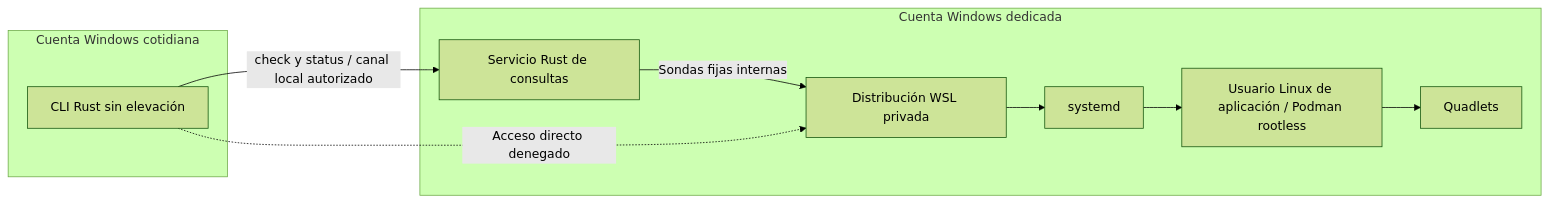
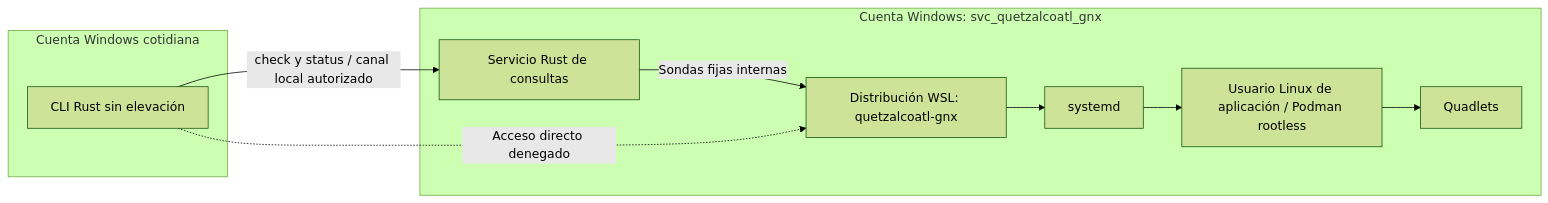
The first of 3 diagrams in docs/arquitectura-wsl.md (mayas-alas/quetzalcoatl), drawn with Mermaid (forest theme) before and after one commit. The commit also changed other lines of this file and 3 other files, not shown here.

````diff
--- a/docs/arquitectura-wsl.md
+++ b/docs/arquitectura-wsl.md
@@ -15,17 +15,17 @@
 ```mermaid
 flowchart LR
     subgraph usuario[Cuenta Windows cotidiana]
         CLI[CLI Rust sin elevación]
     end
-    subgraph dedicada[Cuenta Windows dedicada]
+    subgraph dedicada[Cuenta Windows: svc_quetzalcoatl_gnx]
         B[Servicio Rust de consultas]
-        W[Distribución WSL privada]
+        W[Distribución WSL: quetzalcoatl-gnx]
         S[systemd]
         P[Usuario Linux de aplicación / Podman rootless]
         Q[Quadlets]
         B -->|Sondas fijas internas| W
         W --> S --> P --> Q
     end
     CLI -->|check y status / canal local autorizado| B
     CLI -.->|Acceso directo denegado| W
 ```
````
